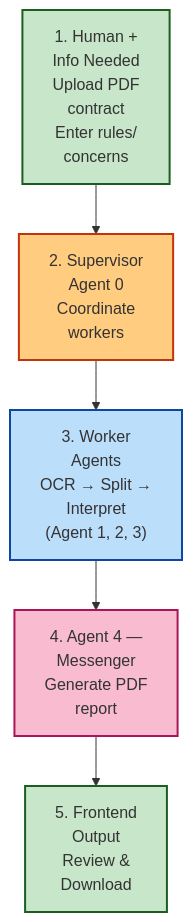
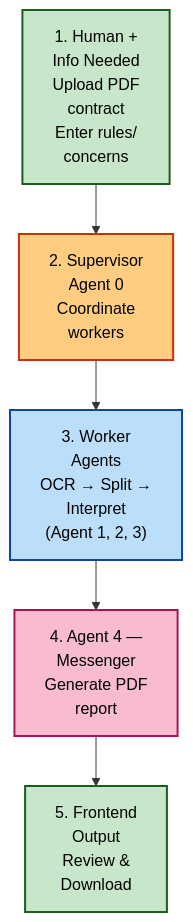
The first of 2 diagrams in Workflow-Chart.md (milnera2/Agentic-AI-Contract-Resolution), drawn with Mermaid before and after one commit. The commit also changed other lines of this file, not shown here.

````diff
--- a/Workflow-Chart.md
+++ b/Workflow-Chart.md
@@ -5,19 +5,19 @@
 ```mermaid
 flowchart TD
     H["1. Human +<br/>Info Needed<br/>Upload PDF<br/>contract<br/>Enter rules/<br/>concerns"]
     S["2. Supervisor<br/>Agent 0<br/>Coordinate<br/>workers"]
     W["3. Worker<br/>Agents<br/>OCR → Split →<br/>Interpret<br/>(Agent 1, 2, 3)"]
     M["4. Agent 4 —<br/>Messenger<br/>Generate PDF<br/>report"]
     O["5. Frontend<br/>Output<br/>Review &<br/>Download"]
 
     H --> S
     S --> W
     W --> M
     M --> O
 
-    style H fill:#c8e6c9,stroke:#1b5e20,stroke-width:2px
-    style S fill:#ffcc80,stroke:#bf360c,stroke-width:2px
-    style W fill:#bbdefb,stroke:#0d47a1,stroke-width:2px
-    style M fill:#f8bbd0,stroke:#ad1457,stroke-width:2px
-    style O fill:#c8e6c9,stroke:#1b5e20,stroke-width:2px
+    style H fill:#c8e6c9,stroke:#1b5e20,stroke-width:2px,color:#000000
+    style S fill:#ffcc80,stroke:#bf360c,stroke-width:2px,color:#000000
+    style W fill:#bbdefb,stroke:#0d47a1,stroke-width:2px,color:#000000
+    style M fill:#f8bbd0,stroke:#ad1457,stroke-width:2px,color:#000000
+    style O fill:#c8e6c9,stroke:#1b5e20,stroke-width:2px,color:#000000
 ```
````
